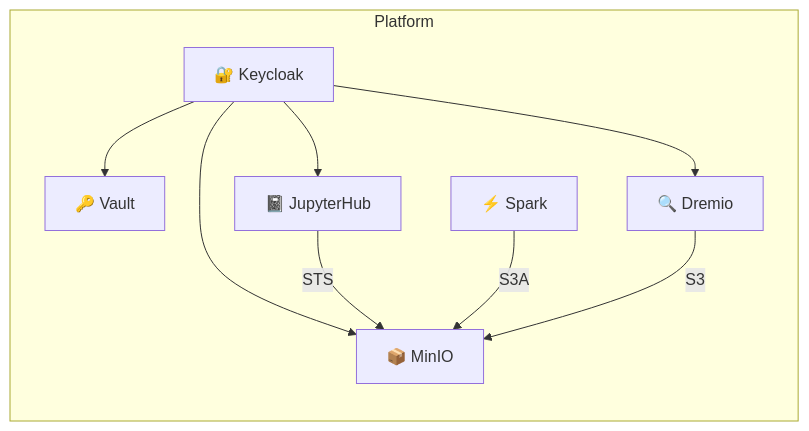
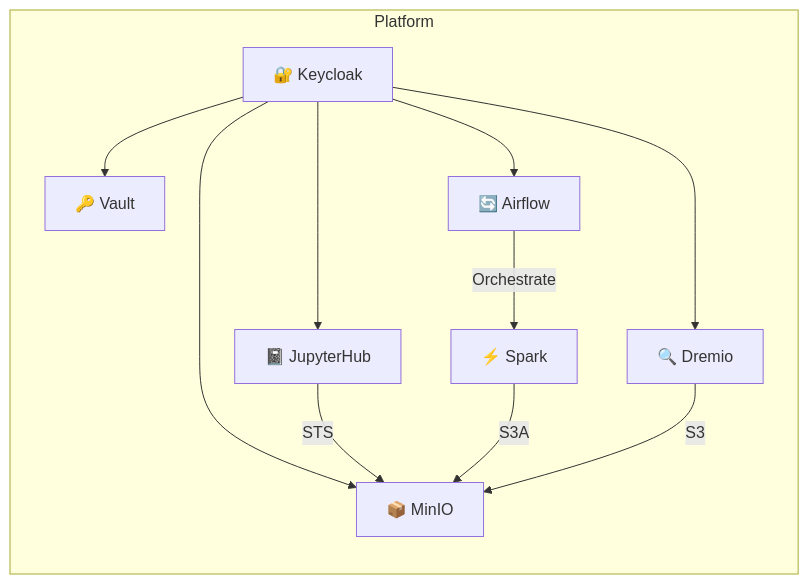
Before and after one commit to rammi-dev/dremio-platform1: the first of 2 diagrams in README.md, drawn with Mermaid. The commit also changed other lines of this file and 1 other file, not shown here.

Commit message:
Airflow docs

````diff
--- a/README.md
+++ b/README.md
@@ -5,13 +5,15 @@
 ```mermaid
 graph LR
     subgraph Platform
         KC[🔐 Keycloak] --> Vault[🔑 Vault]
         KC --> MinIO[📦 MinIO]
         KC --> JH[📓 JupyterHub]
+        KC --> AF[🔄 Airflow]
         KC --> Dremio[🔍 Dremio]
         
         JH -->|STS| MinIO
         Spark[⚡ Spark] -->|S3A| MinIO
+        AF -->|Orchestrate| Spark
         Dremio -->|S3| MinIO
     end
 ```
````
